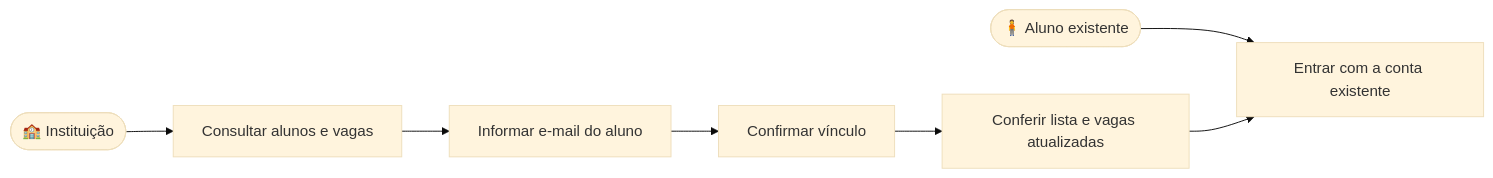
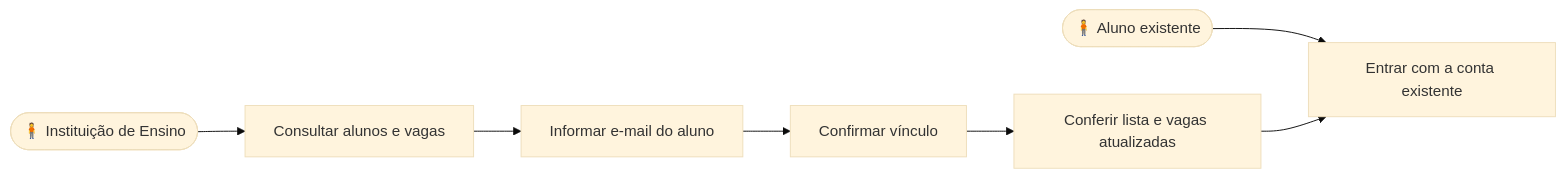
Before and after one commit to JoaoLRS/IVIS: the diagram in etc/cdu/CDU-20-vincular-aluno-existente.md, drawn with Mermaid (base theme). The commit also changed 23 other files, not shown here.

````diff
--- a/etc/cdu/CDU-20-vincular-aluno-existente.md
+++ b/etc/cdu/CDU-20-vincular-aluno-existente.md
@@ -51,11 +51,11 @@
 ```mermaid
 flowchart LR
-    instituicao(["🏫 Instituição"])
+    instituicao(["🧍 Instituição de Ensino"])
     aluno(["🧍 Aluno existente"])
     instituicao --> consultar["Consultar alunos e vagas"]
     consultar --> informar["Informar e-mail do aluno"]
     informar --> vincular["Confirmar vínculo"]
     vincular --> capacidade["Conferir lista e vagas atualizadas"]
     aluno --> entrar["Entrar com a conta existente"]
     capacidade --> entrar
 ```
````
